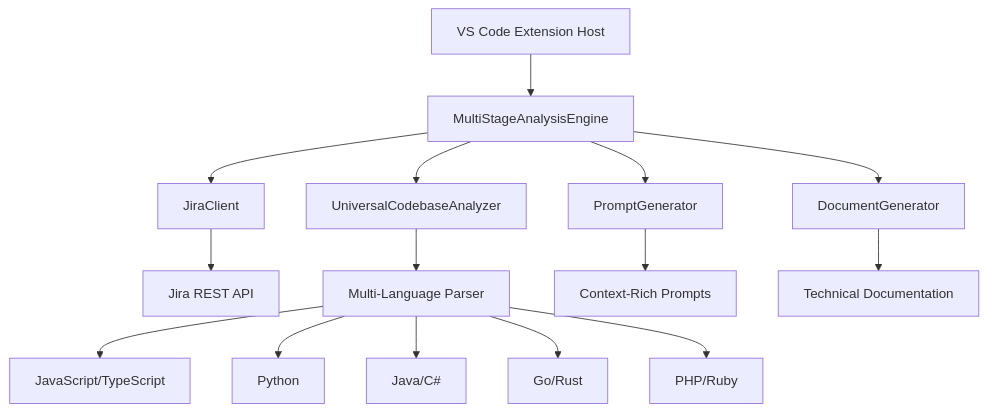
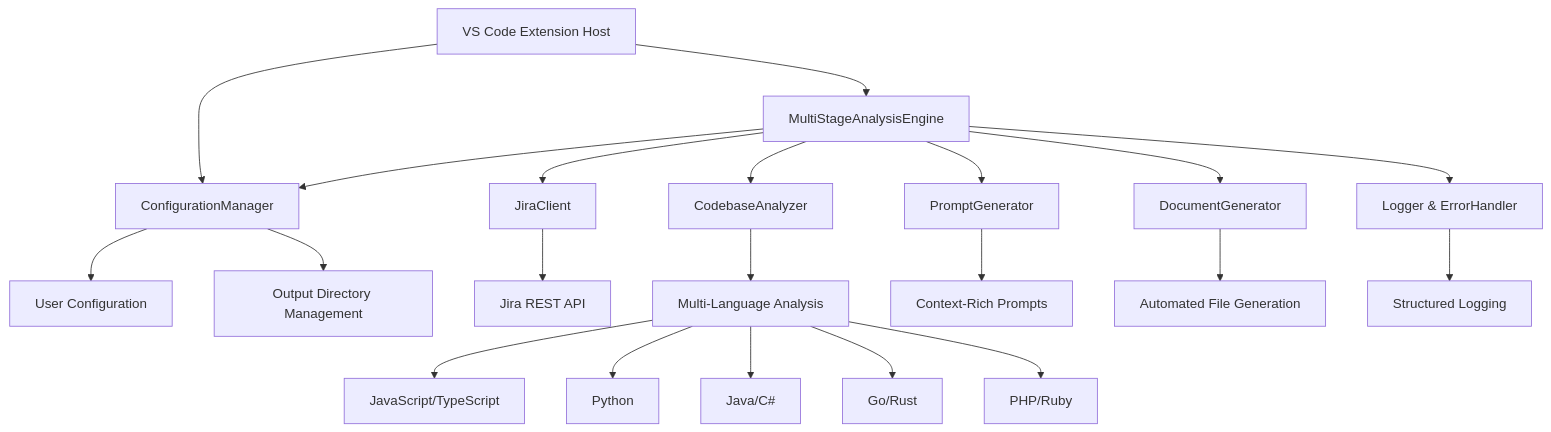
Before and after one commit to Srinidhi94/Product-Owner-AI-Agent: the first of 2 diagrams in docs/DEVELOPER_GUIDE.md, drawn with Mermaid. The commit also changed other lines of this file and 38 other files, not shown here.

````diff
--- a/docs/DEVELOPER_GUIDE.md
+++ b/docs/DEVELOPER_GUIDE.md
@@ -19,19 +19,25 @@
 ```mermaid
 graph TD
     A[VS Code Extension Host] --> B[MultiStageAnalysisEngine]
-    B --> C[JiraClient]
-    B --> D[UniversalCodebaseAnalyzer]
-    B --> E[PromptGenerator]
-    B --> F[DocumentGenerator]
+    A --> C[ConfigurationManager]
+    B --> C
+    B --> D[JiraClient]
+    B --> E[CodebaseAnalyzer]
+    B --> F[PromptGenerator]
+    B --> G[DocumentGenerator]
+    B --> H[Logger & ErrorHandler]
     
-    C --> G[Jira REST API]
-    D --> H[Multi-Language Parser]
-    E --> I[Context-Rich Prompts]
-    F --> J[Technical Documentation]
+    C --> I[User Configuration]
+    C --> J[Output Directory Management]
+    D --> K[Jira REST API]
+    E --> L[Multi-Language Analysis]
+    F --> M[Context-Rich Prompts]
+    G --> N[Automated File Generation]
+    H --> O[Structured Logging]
     
-    H --> K[JavaScript/TypeScript]
-    H --> L[Python]
-    H --> M[Java/C#]
-    H --> N[Go/Rust]
-    H --> O[PHP/Ruby]
+    L --> P[JavaScript/TypeScript]
+    L --> Q[Python]
+    L --> R[Java/C#]
+    L --> S[Go/Rust]
+    L --> T[PHP/Ruby]
 ```
````
